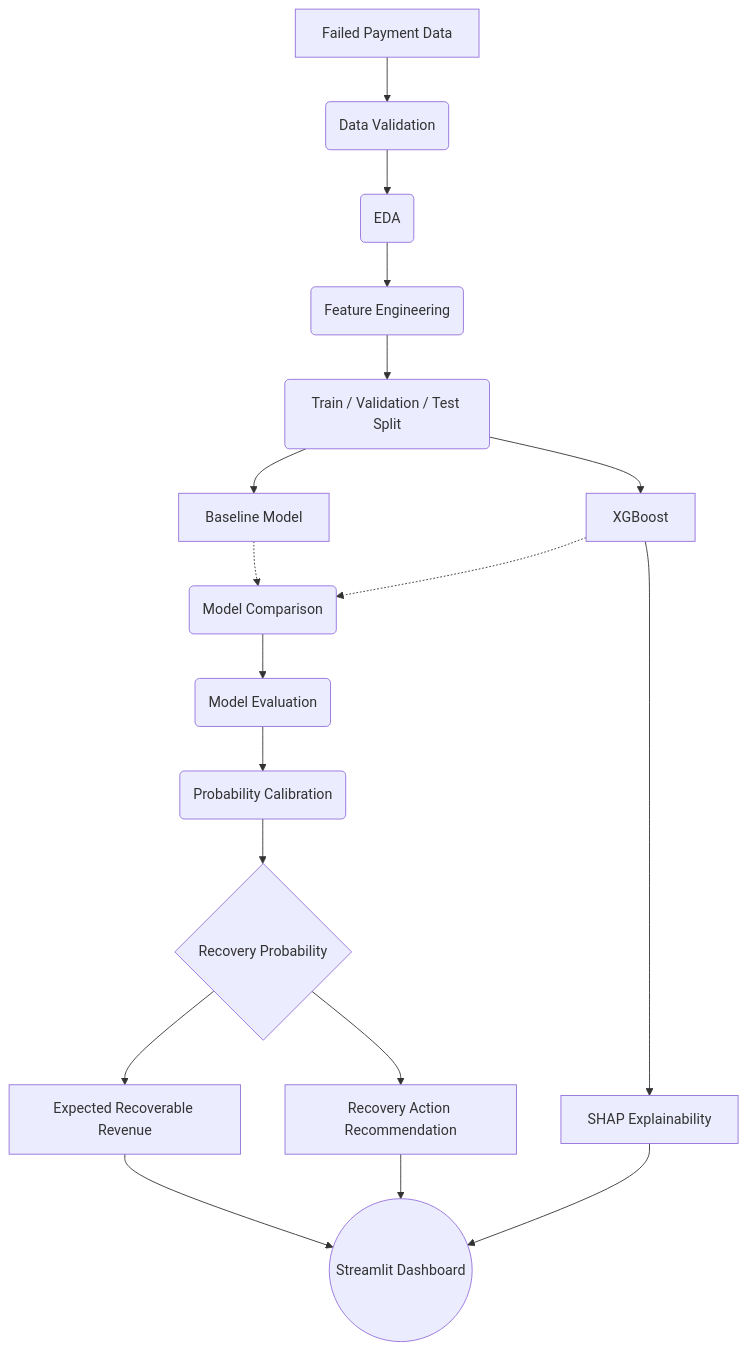
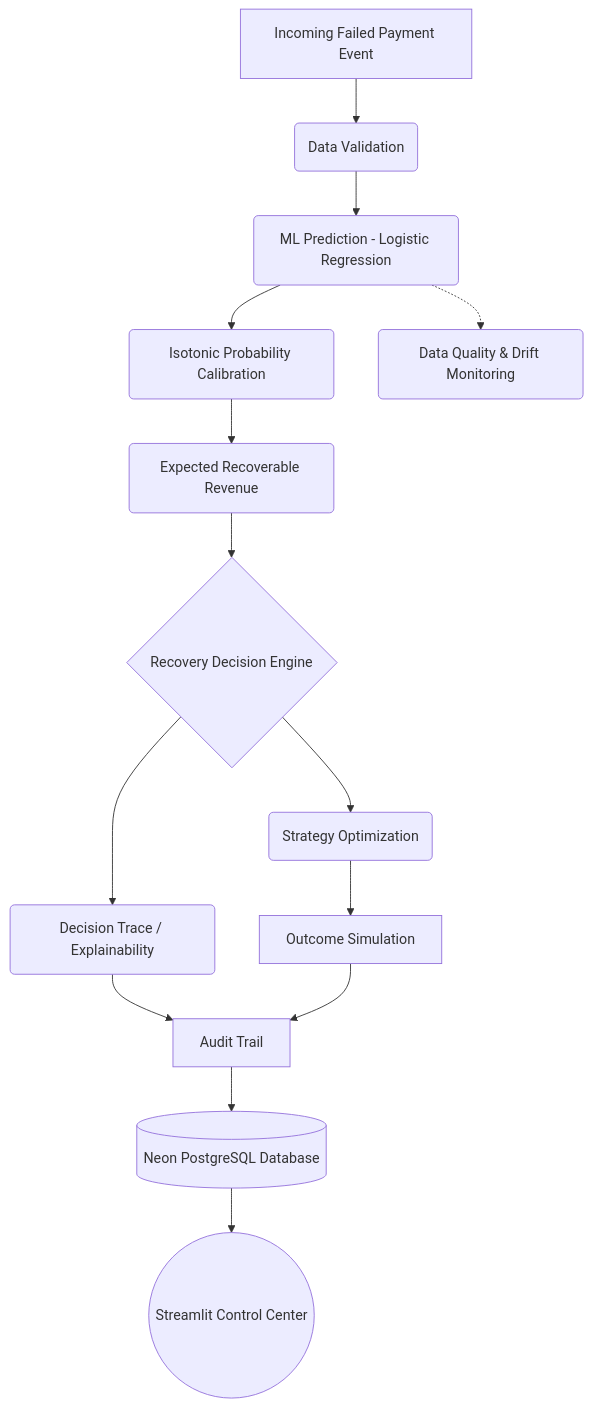
The diagram in README.md (allknowledge34/razorpay-ai-revenue-recovery), drawn with Mermaid before and after one commit. The commit also changed other lines of this file and 11 other files, not shown here.

````diff
--- a/README.md
+++ b/README.md
@@ -36,20 +74,20 @@
 ```mermaid
 graph TD
-    A[Failed Payment Data] --> B(Data Validation)
-    B --> C(EDA)
-    C --> D(Feature Engineering)
-    D --> E(Train / Validation / Test Split)
-    E --> F[Baseline Model]
-    E --> G[XGBoost]
-    F -.-> H(Model Comparison)
-    G -.-> H
-    H --> I(Model Evaluation)
-    I --> J(Probability Calibration)
-    J --> K{Recovery Probability}
-    K --> L[Expected Recoverable Revenue]
-    K --> M[Recovery Action Recommendation]
-    G --> N[SHAP Explainability]
-    L --> O((Streamlit Dashboard))
-    M --> O
-    N --> O
+    A[Incoming Failed Payment Event] --> B(Data Validation)
+    B --> C(ML Prediction - Logistic Regression)
+    C --> D(Isotonic Probability Calibration)
+    D --> E(Expected Recoverable Revenue)
+    E --> F{Recovery Decision Engine}
+
+    F --> G(Strategy Optimization)
+    F --> H(Decision Trace / Explainability)
+
+    G --> I[Outcome Simulation]
+    H --> J[Audit Trail]
+    I --> J
+
+    J --> K[(Neon PostgreSQL Database)]
+    C -.-> L(Data Quality & Drift Monitoring)
+
+    K --> M((Streamlit Control Center))
 ```
````
